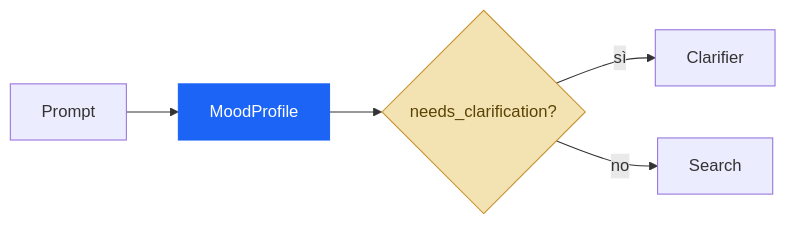
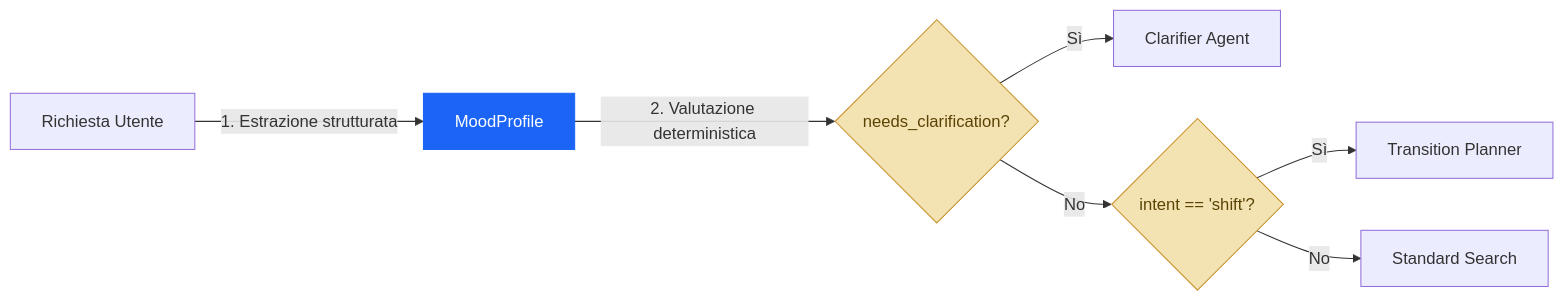
One commit to Rkomi98/MyBlog changed the fifth of 21 diagrams in files/AI Engineering/Multiagent SOTA 2026.md. Above: the diagram before and after it, drawn with Mermaid. The commit also changed other lines of this file and 54 other files, not shown here.

````diff
--- a/files/AI Engineering/Multiagent SOTA 2026.md
+++ b/files/AI Engineering/Multiagent SOTA 2026.md
@@ -278,12 +296,14 @@
 ```mermaid
 flowchart LR
-    P[Prompt] --> M[MoodProfile]
-    M --> G{needs_clarification?}
-    G -->|sì| C[Clarifier]
-    G -->|no| S[Search]
+    U[Richiesta Utente] -->|1. Estrazione strutturata| M[MoodProfile]
+    M -->|2. Valutazione deterministica| R{needs_clarification?}
+    R -->|Sì| C[Clarifier Agent]
+    R -->|No| P{intent == 'shift'?}
+    P -->|Sì| T[Transition Planner]
+    P -->|No| S[Standard Search]
 
     classDef model fill:#1B64F5,stroke:#1B64F5,color:#fff;
     classDef code fill:#F4E3B2,stroke:#C8902B,color:#5A4405;
     class M model;
-    class G code;
+    class R,P code;
 ```
````
